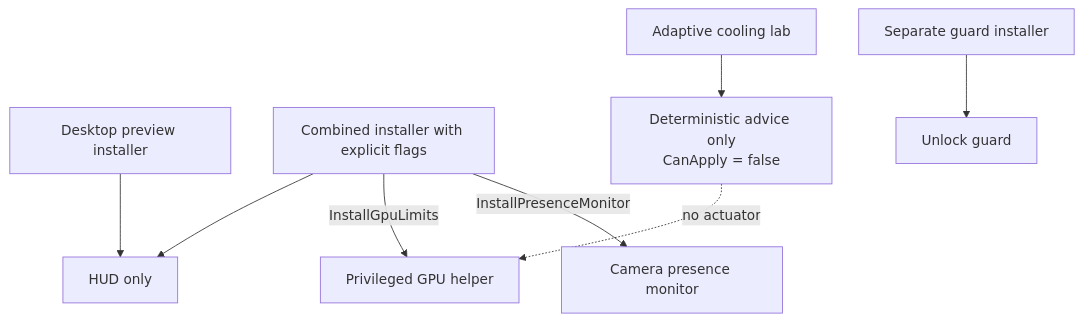
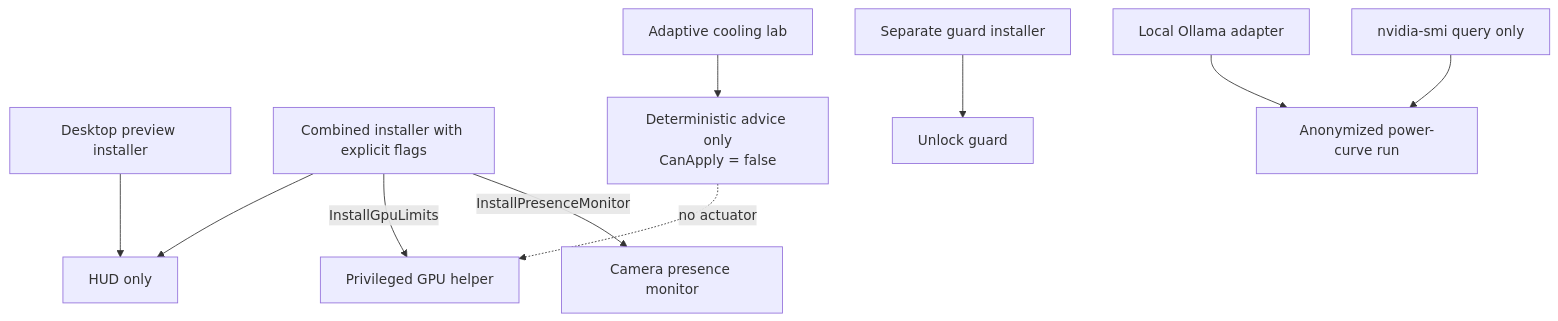
One commit to alirezakeshmirisocial-coder/ca-autoconfig changed the third of 3 diagrams in docs/ARCHITECTURE.md. Above: the diagram before and after it, drawn with Mermaid. The commit also changed other lines of this file and 14 other files, not shown here.

Commit message:
feat: add local Ollama power-run adapter

````diff
--- a/docs/ARCHITECTURE.md
+++ b/docs/ARCHITECTURE.md
@@ -97,11 +97,13 @@
 ```mermaid
 flowchart TB
     default[Desktop preview installer] --> hud[HUD only]
     combined[Combined installer with explicit flags] --> hud
     combined -->|InstallGpuLimits| gpu[Privileged GPU helper]
     combined -->|InstallPresenceMonitor| presence[Camera presence monitor]
     manual[Separate guard installer] --> guard[Unlock guard]
 
+    ollama[Local Ollama adapter] --> curve[Anonymized power-curve run]
+    smi2[nvidia-smi query only] --> curve
     lab[Adaptive cooling lab] --> advice[Deterministic advice only<br/>CanApply = false]
     advice -. no actuator .-> gpu
 ```
````
